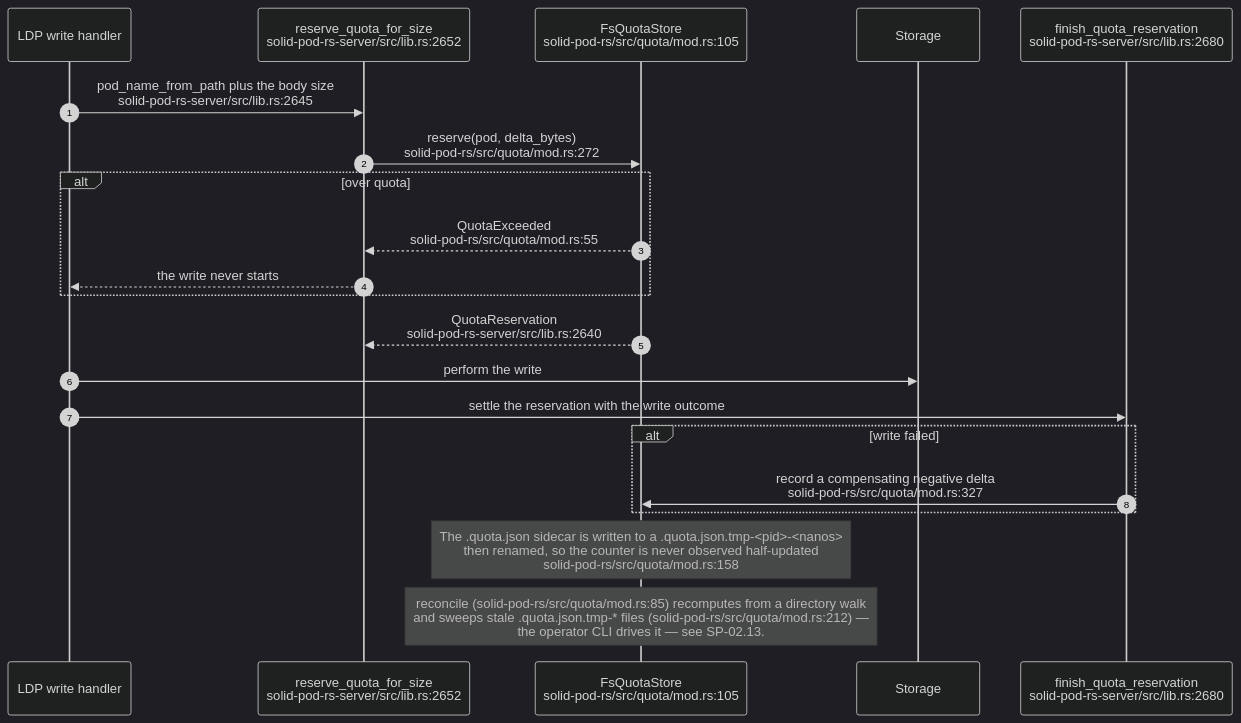
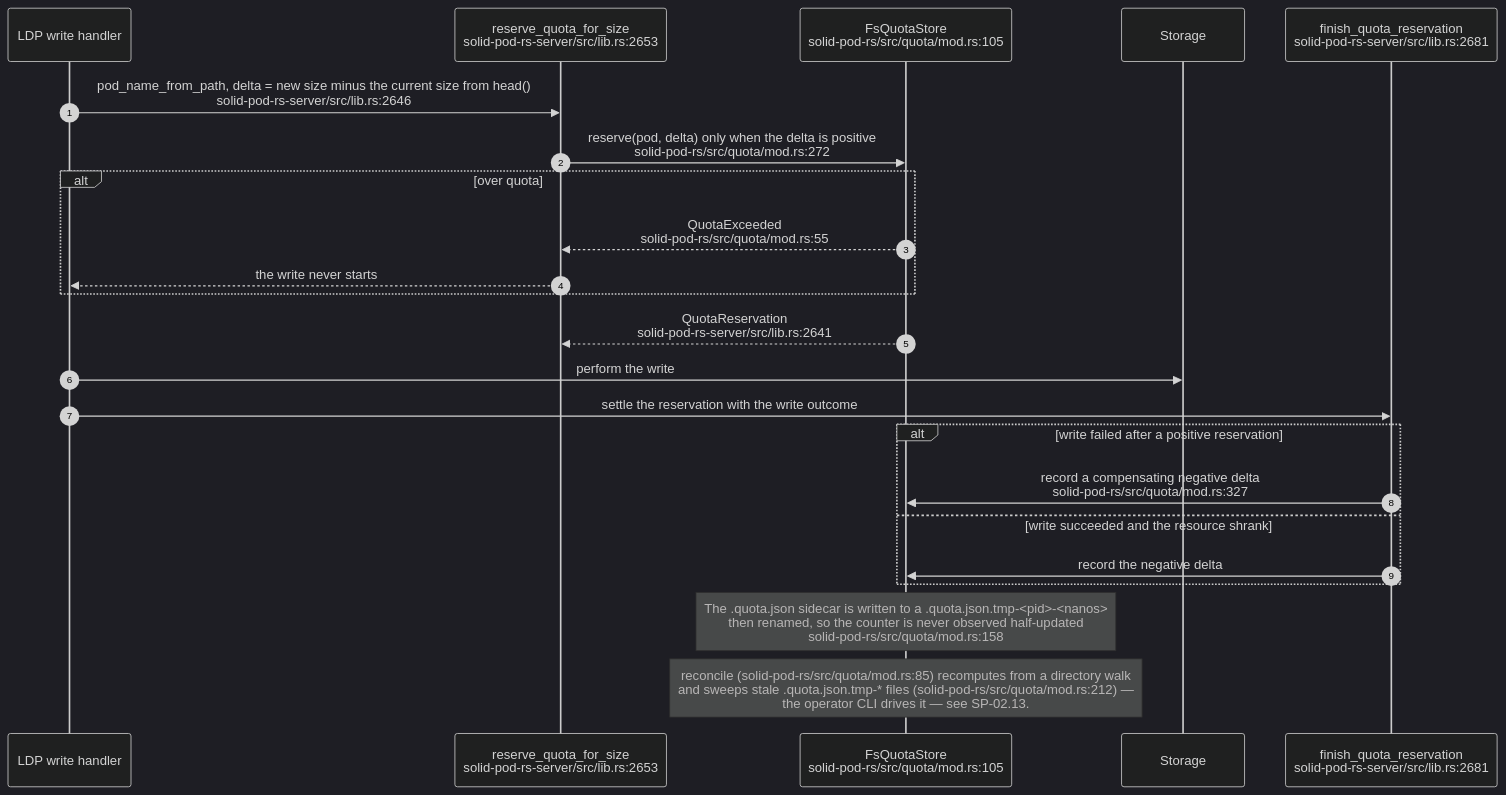
Before and after one commit to DreamLab-AI/VisionFlow: the fifth of 11 diagrams in docs/diagrams/solid-pod-rs/06-storage-quota-and-git-pods.md, drawn with Mermaid (dark theme). The commit also changed other lines of this file and 47 other files, not shown here.

````diff
--- a/docs/diagrams/solid-pod-rs/06-storage-quota-and-git-pods.md
+++ b/docs/diagrams/solid-pod-rs/06-storage-quota-and-git-pods.md
@@ -133,24 +143,26 @@
 ```mermaid
 sequenceDiagram
     autonumber
     participant H as LDP write handler
-    participant RQ as reserve_quota_for_size<br/>solid-pod-rs-server/src/lib.rs:2652
+    participant RQ as reserve_quota_for_size<br/>solid-pod-rs-server/src/lib.rs:2653
     participant Q as FsQuotaStore<br/>solid-pod-rs/src/quota/mod.rs:105
     participant S as Storage
-    participant FQ as finish_quota_reservation<br/>solid-pod-rs-server/src/lib.rs:2680
+    participant FQ as finish_quota_reservation<br/>solid-pod-rs-server/src/lib.rs:2681
 
-    H->>RQ: pod_name_from_path plus the body size<br/>solid-pod-rs-server/src/lib.rs:2645
-    RQ->>Q: reserve(pod, delta_bytes)<br/>solid-pod-rs/src/quota/mod.rs:272
+    H->>RQ: pod_name_from_path, delta = new size minus the current size from head()<br/>solid-pod-rs-server/src/lib.rs:2646
+    RQ->>Q: reserve(pod, delta) only when the delta is positive<br/>solid-pod-rs/src/quota/mod.rs:272
     alt over quota
         Q-->>RQ: QuotaExceeded<br/>solid-pod-rs/src/quota/mod.rs:55
         RQ-->>H: the write never starts
     end
-    Q-->>RQ: QuotaReservation<br/>solid-pod-rs-server/src/lib.rs:2640
+    Q-->>RQ: QuotaReservation<br/>solid-pod-rs-server/src/lib.rs:2641
     H->>S: perform the write
     H->>FQ: settle the reservation with the write outcome
-    alt write failed
+    alt write failed after a positive reservation
         FQ->>Q: record a compensating negative delta<br/>solid-pod-rs/src/quota/mod.rs:327
+    else write succeeded and the resource shrank
+        FQ->>Q: record the negative delta
     end
     Note over Q: The .quota.json sidecar is written to a .quota.json.tmp-<pid>-<nanos><br/>then renamed, so the counter is never observed half-updated<br/>solid-pod-rs/src/quota/mod.rs:158
     Note over Q: reconcile (solid-pod-rs/src/quota/mod.rs:85) recomputes from a directory walk<br/>and sweeps stale .quota.json.tmp-* files (solid-pod-rs/src/quota/mod.rs:212) —<br/>the operator CLI drives it — see SP-02.13.
 ```
````
